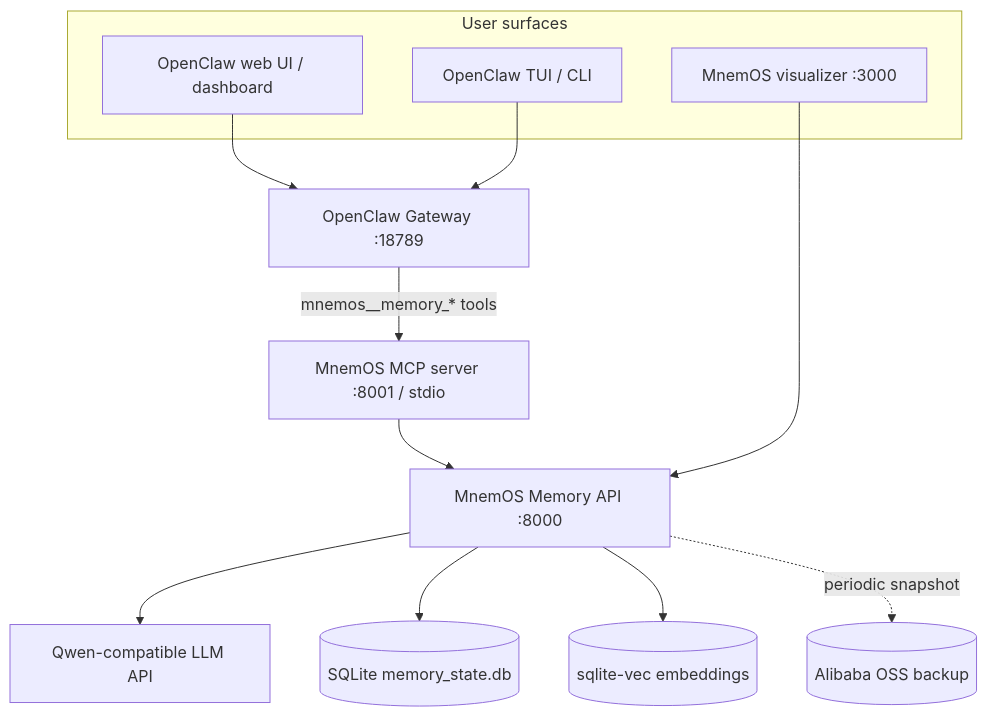
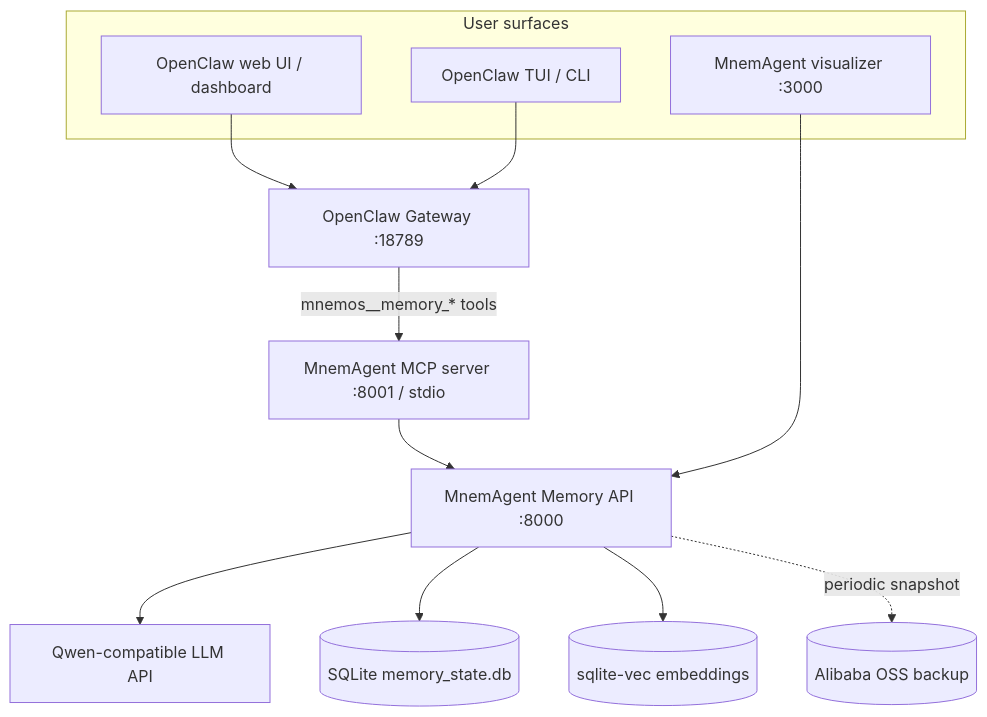
Before and after one commit to crankysmh47/MnemAgent: the first of 4 diagrams in README.md, drawn with Mermaid. The commit also changed other lines of this file and 78 other files, not shown here.

Commit message:
Rename public brand to MnemAgent

````diff
--- a/README.md
+++ b/README.md
@@ -96,26 +96,26 @@
 ```mermaid
 flowchart TB
   subgraph UserSurfaces["User surfaces"]
     OCWEB["OpenClaw web UI / dashboard"]
     OCTUI["OpenClaw TUI / CLI"]
-    VIZ["MnemOS visualizer :3000"]
+    VIZ["MnemAgent visualizer :3000"]
   end
 
   GW["OpenClaw Gateway :18789"]
-  MCP["MnemOS MCP server :8001 / stdio"]
-  API["MnemOS Memory API :8000"]
+  MCP["MnemAgent MCP server :8001 / stdio"]
+  API["MnemAgent Memory API :8000"]
   QWEN["Qwen-compatible LLM API"]
   DB[("SQLite memory_state.db")]
   VEC[("sqlite-vec embeddings")]
   OSS[("Alibaba OSS backup")]
 
   OCWEB --> GW
   OCTUI --> GW
   GW -->|"mnemos__memory_* tools"| MCP
   MCP --> API
   VIZ --> API
   API --> QWEN
   API --> DB
   API --> VEC
   API -. periodic snapshot .-> OSS
 ```
````
